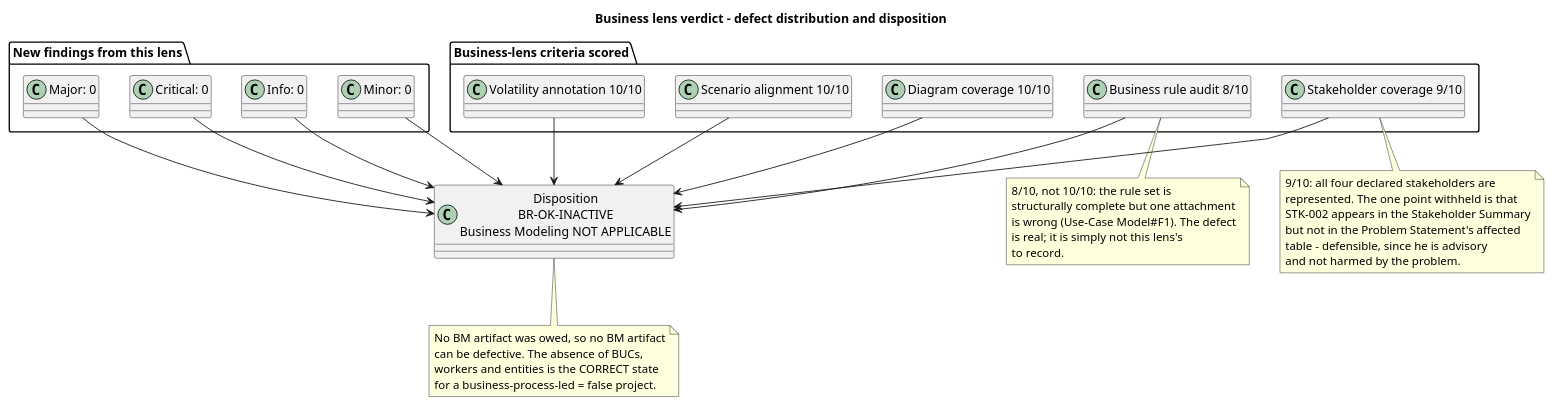
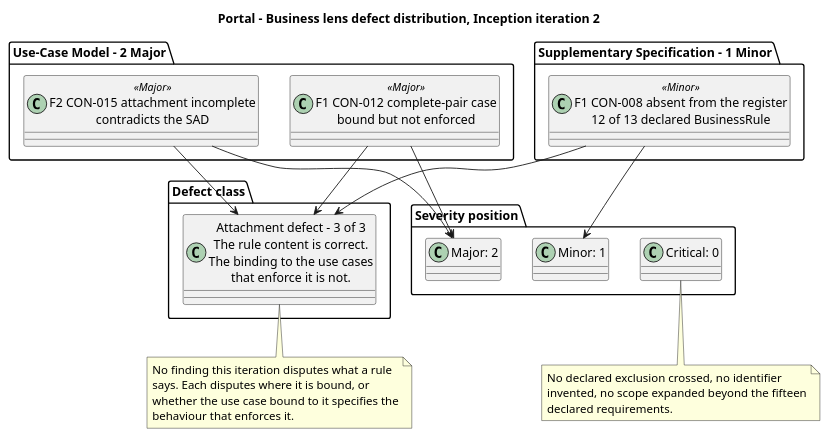
Before and after one commit to banense-test/portal: diagram 12 of 21 in docs/artifacts/project-management/review-record.md, drawn with PlantUML. The commit also changed other lines of this file, not shown here.

First line of the commit message:
Business Reviewer [I2]: upsert Review Record

````diff
--- a/docs/artifacts/project-management/review-record.md
+++ b/docs/artifacts/project-management/review-record.md
@@ -796,56 +727,44 @@
 ```plantuml
 @startuml
-title Business lens verdict - defect distribution and disposition
+title Portal - Business lens defect distribution, Inception iteration 2
 
-package "New findings from this lens" {
-  class "Critical: 0" as F0
-  class "Major: 0" as F1
-  class "Minor: 0" as F2
-  class "Info: 0" as F3
+package "Use-Case Model - 2 Major" {
+  class "F1 CON-012 complete-pair case\nbound but not enforced" as U1 <<Major>>
+  class "F2 CON-015 attachment incomplete\ncontradicts the SAD" as U2 <<Major>>
 }
 
-package "Business-lens criteria scored" {
-  class "Scenario alignment 10/10" as S1
-  class "Business rule audit 8/10" as S2
-  class "Stakeholder coverage 9/10" as S3
-  class "Volatility annotation 10/10" as S4
-  class "Diagram coverage 10/10" as S5
+package "Supplementary Specification - 1 Minor" {
+  class "F1 CON-008 absent from the register\n12 of 13 declared BusinessRule" as S1 <<Minor>>
 }
 
-class "Disposition\nBR-OK-INACTIVE\nBusiness Modeling NOT APPLICABLE" as V
+package "Defect class" {
+  class "Attachment defect - 3 of 3\nThe rule content is correct.\nThe binding to the use cases\nthat enforce it is not." as D1
+}
 
-F0 --> V
-F1 --> V
-F2 --> V
-F3 --> V
-S1 --> V
-S2 --> V
-S3 --> V
-S4 --> V
-S5 --> V
+package "Severity position" {
+  class "Critical: 0" as G1
+  class "Major: 2" as G2
+  class "Minor: 1" as G3
+}
 
-note bottom of S2
-  8/10, not 10/10: the rule set is
-  structurally complete but one attachment
-  is wrong (Use-Case Model#F1). The defect
-  is real; it is simply not this lens's
-  to record.
+U1 --> D1
+U2 --> D1
+S1 --> D1
+U1 --> G2
+U2 --> G2
+S1 --> G3
+
+note bottom of D1
+  No finding this iteration disputes what a rule
+  says. Each disputes where it is bound, or
+  whether the use case bound to it specifies the
+  behaviour that enforces it.
 end note
 
-note bottom of S3
-  9/10: all four declared stakeholders are
-  represented. The one point withheld is that
-  STK-002 appears in the Stakeholder Summary
-  but not in the Problem Statement's affected
-  table - defensible, since he is advisory
-  and not harmed by the problem.
-end note
-
-note bottom of V
-  No BM artifact was owed, so no BM artifact
-  can be defective. The absence of BUCs,
-  workers and entities is the CORRECT state
-  for a business-process-led = false project.
+note bottom of G1
+  No declared exclusion crossed, no identifier
+  invented, no scope expanded beyond the fifteen
+  declared requirements.
 end note
 @enduml
 ```
````
